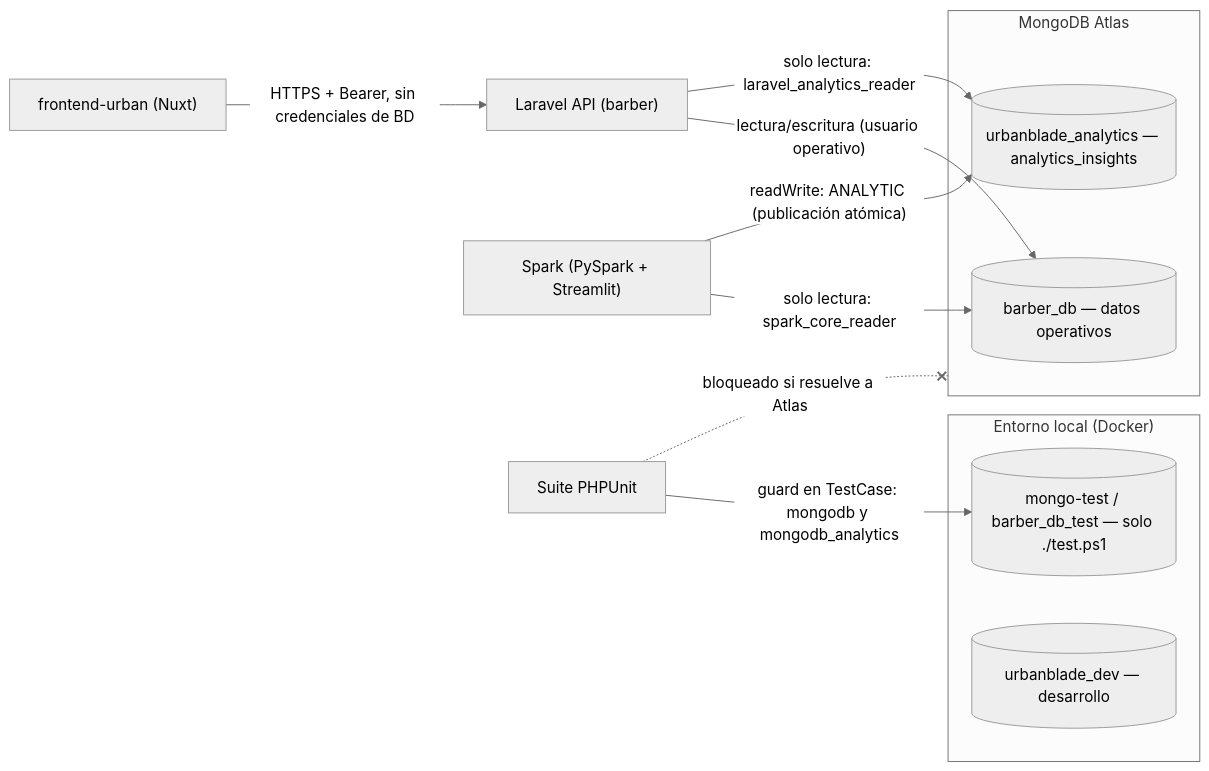
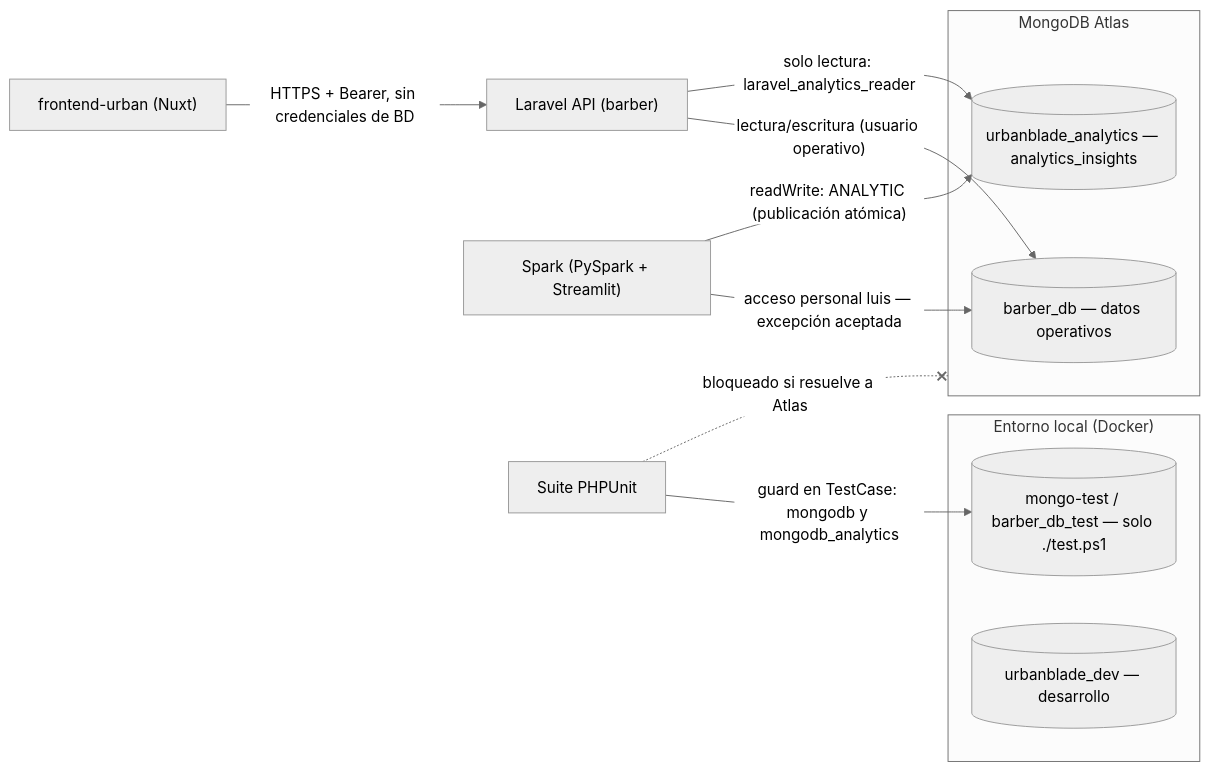
The diagram in docs/ADR-001-ARQUITECTURA-DE-DATOS.md (KikeGonRam/barber), drawn with Mermaid (neutral theme) before and after one commit. The commit also changed other lines of this file and 2 other files, not shown here.

Commit message:
docs(datos): conserva acceso personal de Spark

````diff
--- a/docs/ADR-001-ARQUITECTURA-DE-DATOS.md
+++ b/docs/ADR-001-ARQUITECTURA-DE-DATOS.md
@@ -226,22 +230,22 @@
 ```mermaid
 flowchart LR
     FE["frontend-urban (Nuxt)"] -->|"HTTPS + Bearer, sin credenciales de BD"| API["Laravel API (barber)"]
 
     subgraph Atlas["MongoDB Atlas"]
         CORE[("barber_db — datos operativos")]
         ANA[("urbanblade_analytics — analytics_insights")]
     end
 
     API -->|"lectura/escritura (usuario operativo)"| CORE
     API -->|"solo lectura: laravel_analytics_reader"| ANA
-    SP["Spark (PySpark + Streamlit)"] -->|"solo lectura: spark_core_reader"| CORE
+    SP["Spark (PySpark + Streamlit)"] -->|"acceso personal luis — excepción aceptada"| CORE
     SP -->|"readWrite: ANALYTIC (publicación atómica)"| ANA
 
     subgraph Local["Entorno local (Docker)"]
         TEST[("mongo-test / barber_db_test — solo ./test.ps1")]
         DEV[("urbanblade_dev — desarrollo")]
     end
 
     T["Suite PHPUnit"] -->|"guard en TestCase: mongodb y mongodb_analytics"| TEST
     T -. "bloqueado si resuelve a Atlas" .-x Atlas
 ```
````
